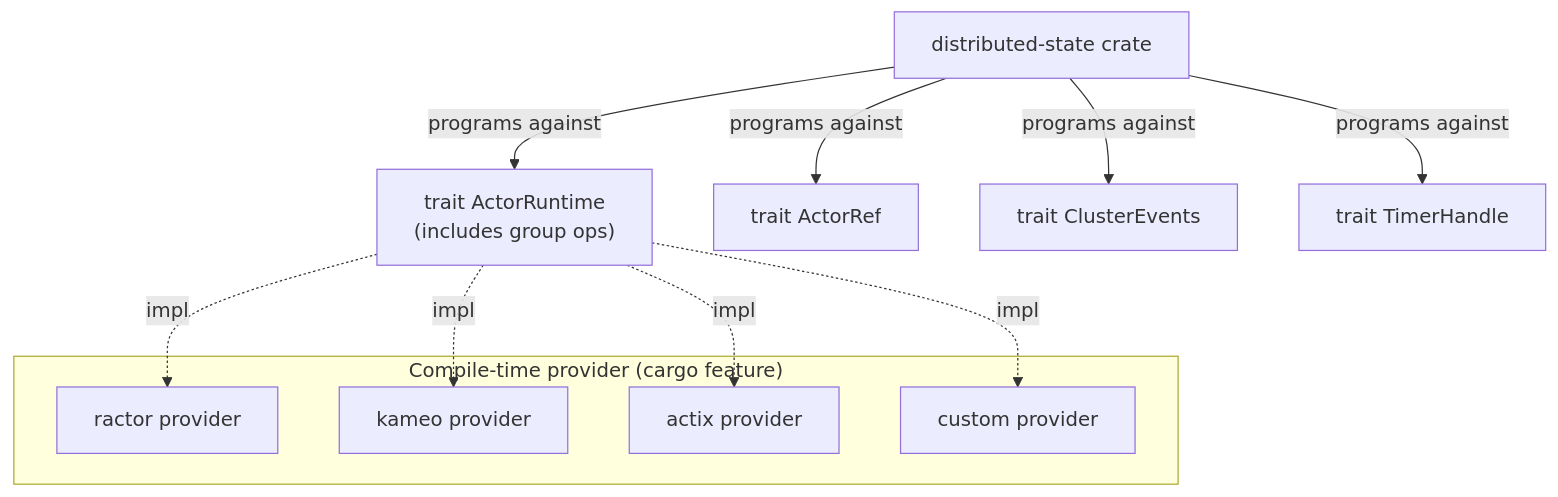
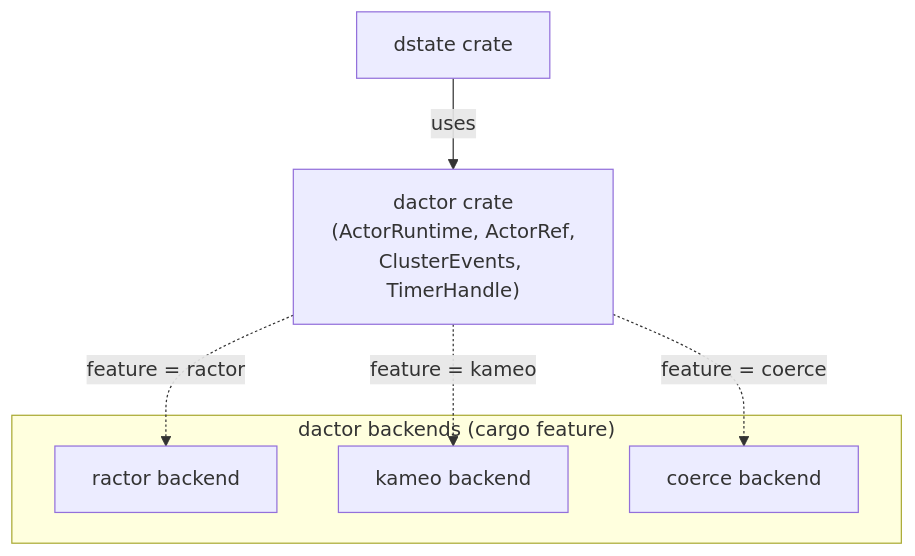
Diagram 13 of 22 in docs/distributed-state-design.md (Yaming-Hub/dstate), drawn with Mermaid before and after one commit. The commit also changed other lines of this file and 30 other files, not shown here.

First line of the commit message:
feat!: migrate dstate to dactor framework (v1.0.0)

````diff
--- a/docs/distributed-state-design.md
+++ b/docs/distributed-state-design.md
@@ -960,20 +961,15 @@
 ```mermaid
 graph TD
-    DS["distributed-state crate"]
-    DS -->|"programs against"| RT["trait ActorRuntime<br/>(includes group ops)"]
-    DS -->|"programs against"| AR["trait ActorRef"]
-    DS -->|"programs against"| CE["trait ClusterEvents"]
-    DS -->|"programs against"| TH["trait TimerHandle"]
+    DS["dstate crate"]
+    DS -->|"uses"| DA["dactor crate<br/>(ActorRuntime, ActorRef,<br/>ClusterEvents, TimerHandle)"]
 
-    subgraph "Compile-time provider (cargo feature)"
-        Ractor["ractor provider"]
-        Kameo["kameo provider"]
-        Actix["actix provider"]
-        Custom["custom provider"]
+    subgraph "dactor backends (cargo feature)"
+        Ractor["ractor backend"]
+        Kameo["kameo backend"]
+        Coerce["coerce backend"]
     end
 
-    RT -.->|"impl"| Ractor
-    RT -.->|"impl"| Kameo
-    RT -.->|"impl"| Actix
-    RT -.->|"impl"| Custom
+    DA -.->|"feature = ractor"| Ractor
+    DA -.->|"feature = kameo"| Kameo
+    DA -.->|"feature = coerce"| Coerce
 ```
````
